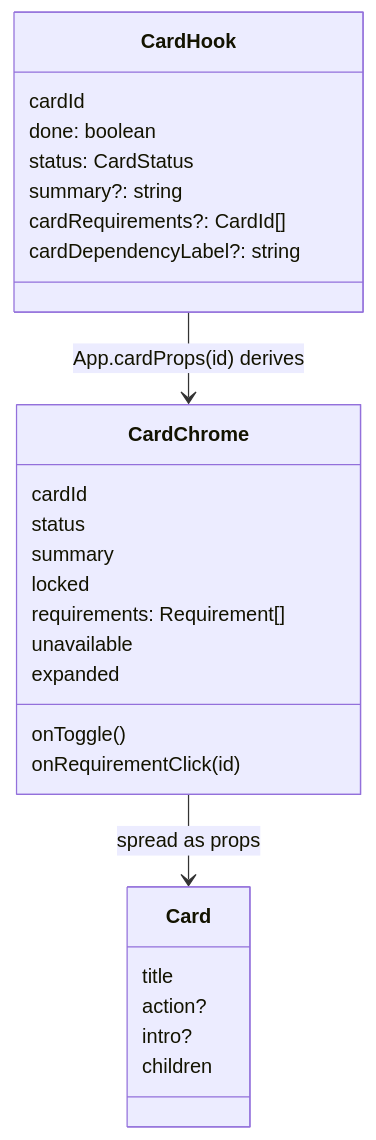
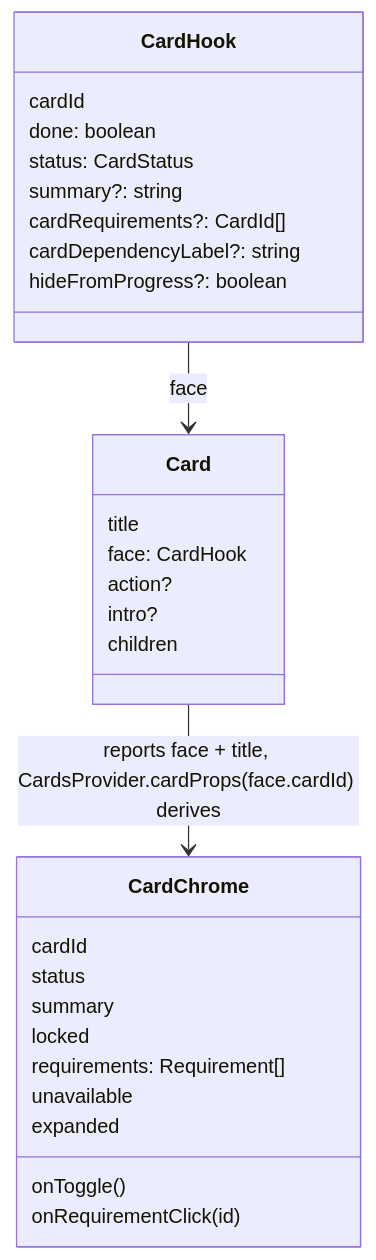
The second of 9 diagrams in zeninstallerPvt/ui/UI_UX.md (ZenMe-AU/ZenbloxCore), drawn with Mermaid before and after one commit. The commit also changed other lines of this file and 60 other files, not shown here.

Commit message:
refactor: make each card a self-contained module loaded by App.tsx

````diff
--- a/zeninstallerPvt/ui/UI_UX.md
+++ b/zeninstallerPvt/ui/UI_UX.md
@@ -60,30 +66,32 @@
 ```mermaid
 classDiagram
   class CardHook {
     cardId
     done: boolean
     status: CardStatus
     summary?: string
     cardRequirements?: CardId[]
     cardDependencyLabel?: string
+    hideFromProgress?: boolean
   }
   class CardChrome {
     cardId
     status
     summary
     locked
     requirements: Requirement[]
     unavailable
     expanded
     onToggle()
     onRequirementClick(id)
   }
   class Card {
     title
+    face: CardHook
     action?
     intro?
     children
   }
-  CardHook --> CardChrome : App.cardProps(id) derives
-  CardChrome --> Card : spread as props
+  CardHook --> Card : face
+  Card --> CardChrome : reports face + title, CardsProvider.cardProps(face.cardId) derives
 ```
````
